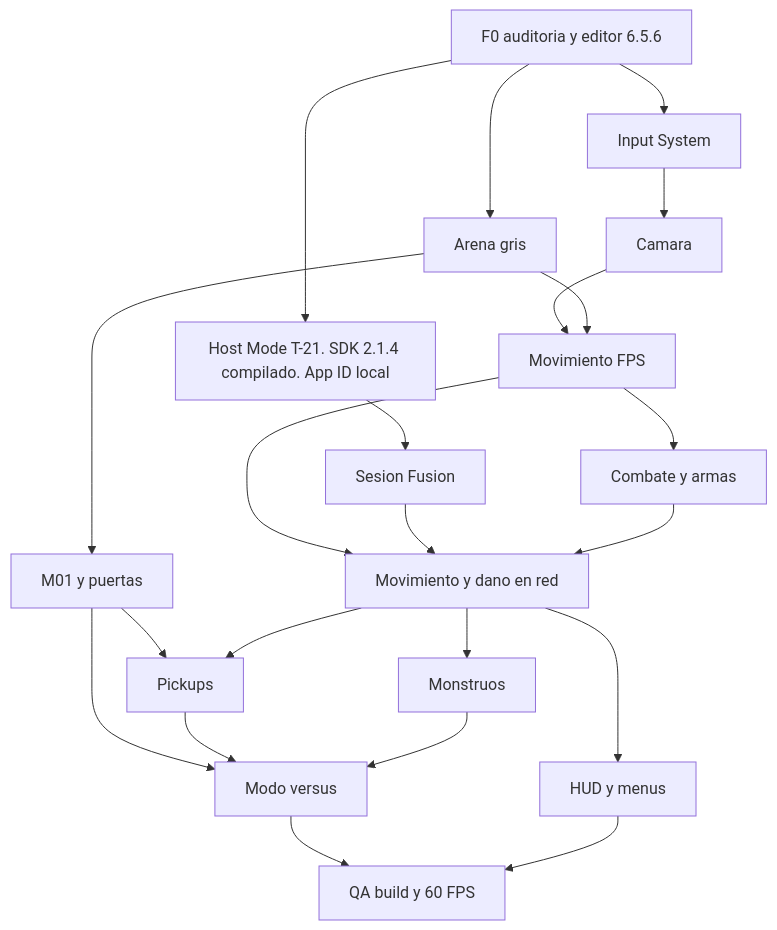
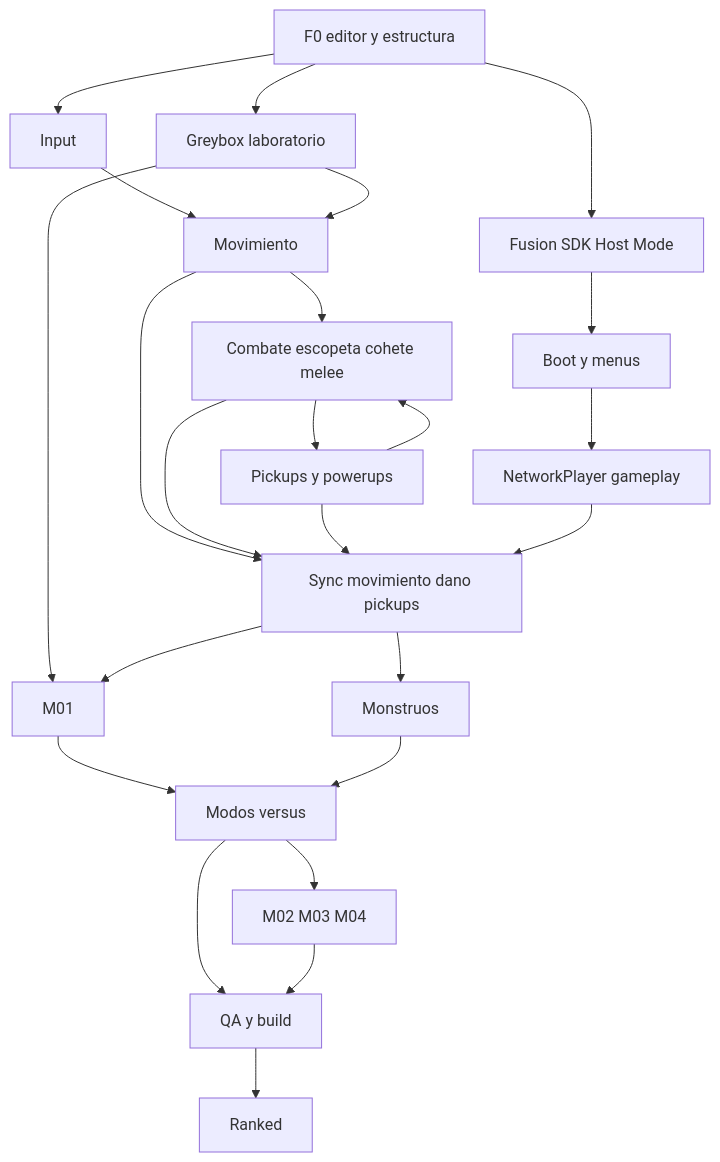
Before and after one commit to EduardoA-J/MEATGRINDER: the first of 2 diagrams in Documentation/DEPENDENCY_GRAPH.md, drawn with Mermaid. The commit also changed other lines of this file and 101 other files, not shown here.

First line of the commit message:
Wire local rockets, power-ups, melee, and respawn, and add four ProBuilder map blockouts.

````diff
--- a/Documentation/DEPENDENCY_GRAPH.md
+++ b/Documentation/DEPENDENCY_GRAPH.md
@@ -8,40 +10,43 @@
 ```mermaid
 flowchart TD
-  audit[F0 auditoria y editor 6.5.6]
-  fusion[Host Mode T-21. SDK 2.1.4 compilado. App ID local]
-  input[Input System]
-  arena[Arena gris]
-  move[Movimiento FPS]
-  cam[Camara]
-  combat[Combate y armas]
-  net[Sesion Fusion]
-  sync[Movimiento y dano en red]
+  audit[F0 editor y estructura]
+  fusionSdk[Fusion SDK Host Mode]
+  input[Input]
+  greybox[Greybox laboratorio]
+  move[Movimiento]
+  combat[Combate escopeta cohete melee]
+  pickups[Pickups y powerups]
+  boot[Boot y menus]
+  netPlayer[NetworkPlayer gameplay]
+  sync[Sync movimiento dano pickups]
   monsters[Monstruos]
-  map1[M01 y puertas]
-  items[Pickups]
-  ui[HUD y menus]
-  mode[Modo versus]
-  qa[QA build y 60 FPS]
+  m01[M01]
+  modes[Modos versus]
+  mapsRest[M02 M03 M04]
+  ranked[Ranked]
+  qa[QA y build]
 
   audit --> input
-  audit --> arena
-  audit --> fusion
-  input --> cam
-  cam --> move
-  arena --> move
+  audit --> greybox
+  audit --> fusionSdk
+  input --> move
+  greybox --> move
   move --> combat
-  fusion --> net
+  combat --> pickups
+  pickups --> combat
+  fusionSdk --> boot
+  boot --> netPlayer
   move --> sync
-  net --> sync
   combat --> sync
+  pickups --> sync
+  netPlayer --> sync
   sync --> monsters
-  arena --> map1
-  map1 --> items
-  sync --> items
-  sync --> ui
-  map1 --> mode
-  items --> mode
-  monsters --> mode
-  mode --> qa
-  ui --> qa
+  greybox --> m01
+  sync --> m01
+  m01 --> modes
+  monsters --> modes
+  modes --> mapsRest
+  modes --> qa
+  mapsRest --> qa
+  qa --> ranked
 ```
````
